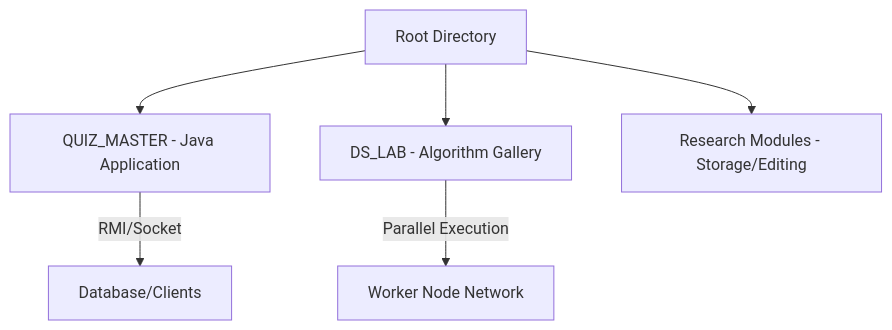
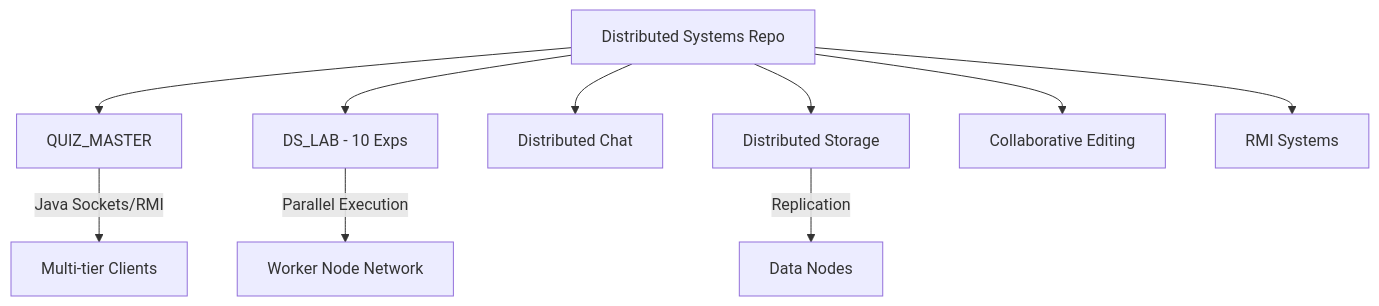
The diagram in README.md (widgetwalker/Distributed_Storage), drawn with Mermaid before and after one commit. The commit also changed other lines of this file, not shown here.

Commit message:
Root README: Expanded table and Mermaid diagram to cover all 6 distinct project modules.

````diff
--- a/README.md
+++ b/README.md
@@ -54,8 +51,13 @@
 ```mermaid
 graph TD
-    A[Root Directory] --> B[QUIZ_MASTER - Java Application]
-    A --> C[DS_LAB - Algorithm Gallery]
-    A --> D[Research Modules - Storage/Editing]
-    B -- RMI/Socket --> E[Database/Clients]
-    C -- Parallel Execution --> F[Worker Node Network]
+    Root[Distributed Systems Repo] --> JavaApp[QUIZ_MASTER]
+    Root --> Lab[DS_LAB - 10 Exps]
+    Root --> Chat[Distributed Chat]
+    Root --> Storage[Distributed Storage]
+    Root --> Editor[Collaborative Editing]
+    Root --> RMI[RMI Systems]
+
+    JavaApp -- "Java Sockets/RMI" --> JClients[Multi-tier Clients]
+    Lab -- "Parallel Execution" --> Workers[Worker Node Network]
+    Storage -- "Replication" --> Replica[Data Nodes]
 ```
````
